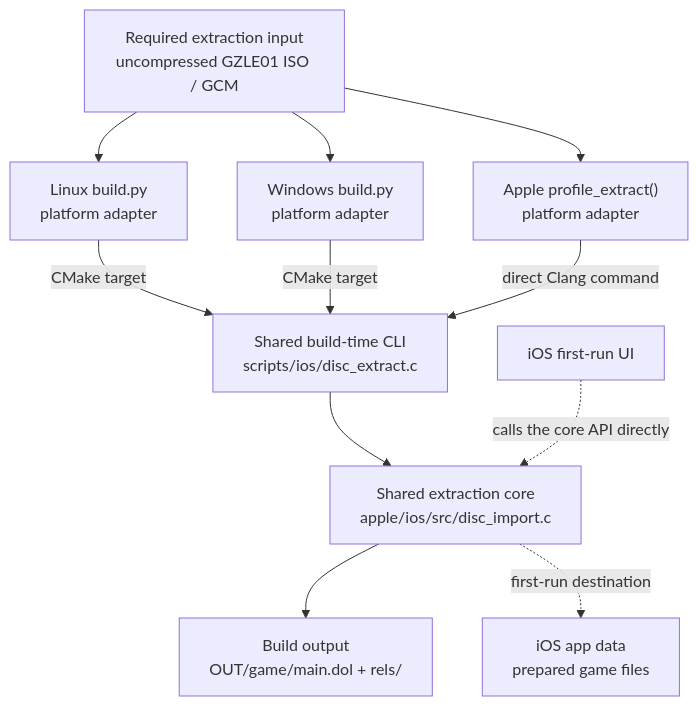
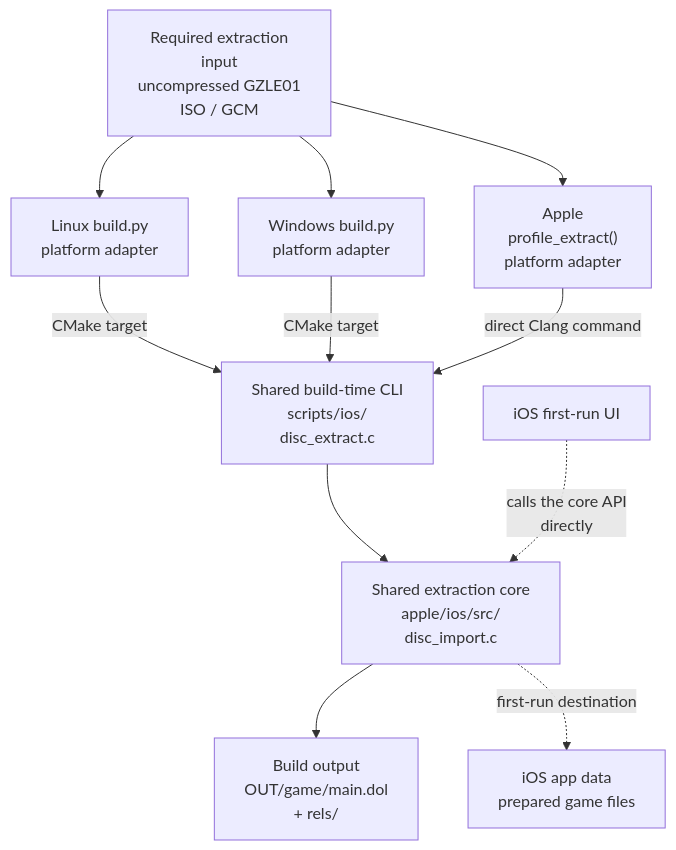
Before and after one commit to Aelbannan/boat_of_daphnes: the fourth of 10 diagrams in docs/architecture/Build.md, drawn with Mermaid. The commit also changed other lines of this file and 7 other files, not shown here.

Commit message:
Wrap Mermaid diagram labels

````diff
--- a/docs/architecture/Build.md
+++ b/docs/architecture/Build.md
@@ -261,22 +261,22 @@
 ```mermaid
 flowchart TD
-    Disc["Required extraction input<br/>uncompressed GZLE01 ISO / GCM"]
+    Disc["Required extraction<br/>input<br/>uncompressed GZLE01<br/>ISO / GCM"]
     Linux["Linux build.py<br/>platform adapter"]
     Windows["Windows build.py<br/>platform adapter"]
-    Apple["Apple profile_extract()<br/>platform adapter"]
-    CLI["Shared build-time CLI<br/>scripts/ios/disc_extract.c"]
-    Importer["Shared extraction core<br/>apple/ios/src/disc_import.c"]
-    Output["Build output<br/>OUT/game/main.dol + rels/"]
+    Apple["Apple<br/>profile_extract()<br/>platform adapter"]
+    CLI["Shared build-time CLI<br/>scripts/ios/<br/>disc_extract.c"]
+    Importer["Shared extraction core<br/>apple/ios/src/<br/>disc_import.c"]
+    Output["Build output<br/>OUT/game/main.dol<br/>+ rels/"]
     FirstRun["iOS first-run UI"]
     AppData["iOS app data<br/>prepared game files"]
 
     Disc --> Linux
     Disc --> Windows
     Disc --> Apple
     Linux -->|CMake target| CLI
     Windows -->|CMake target| CLI
     Apple -->|direct Clang command| CLI
     CLI --> Importer --> Output
-    FirstRun -. "calls the core API directly" .-> Importer
+    FirstRun -. "calls the core API<br/>directly" .-> Importer
     Importer -. "first-run destination" .-> AppData
 ```
````
